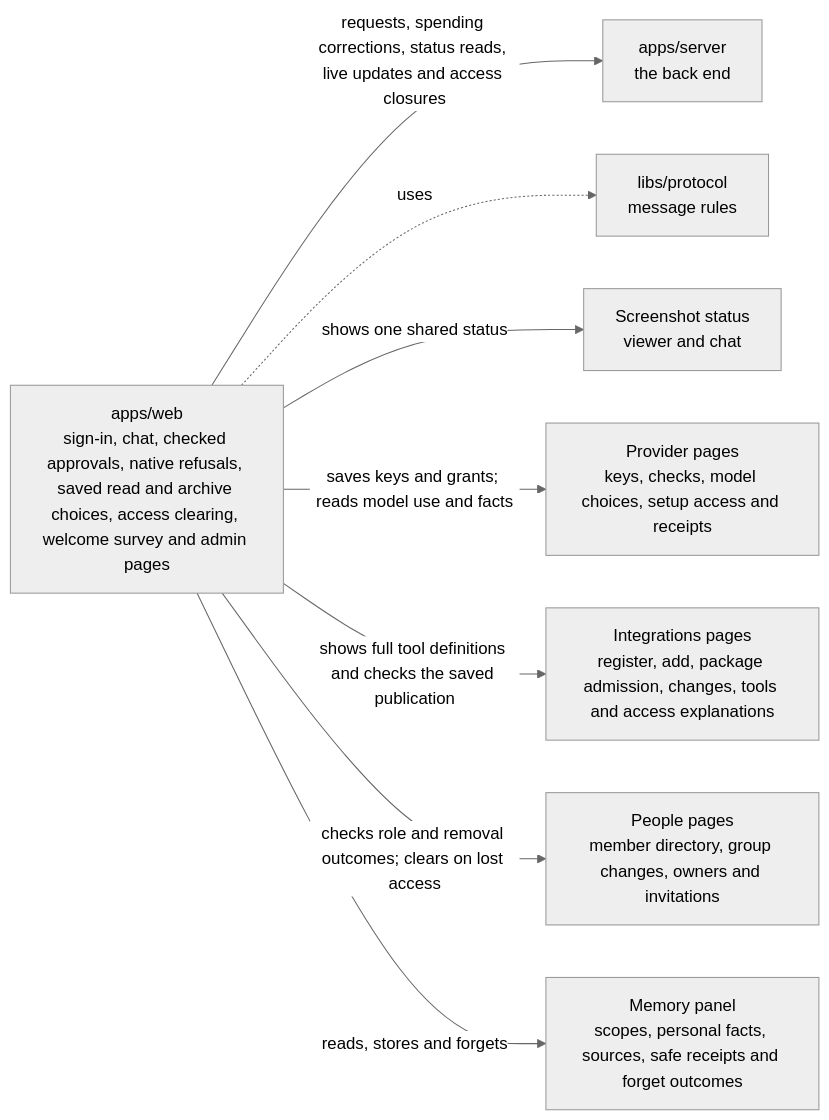
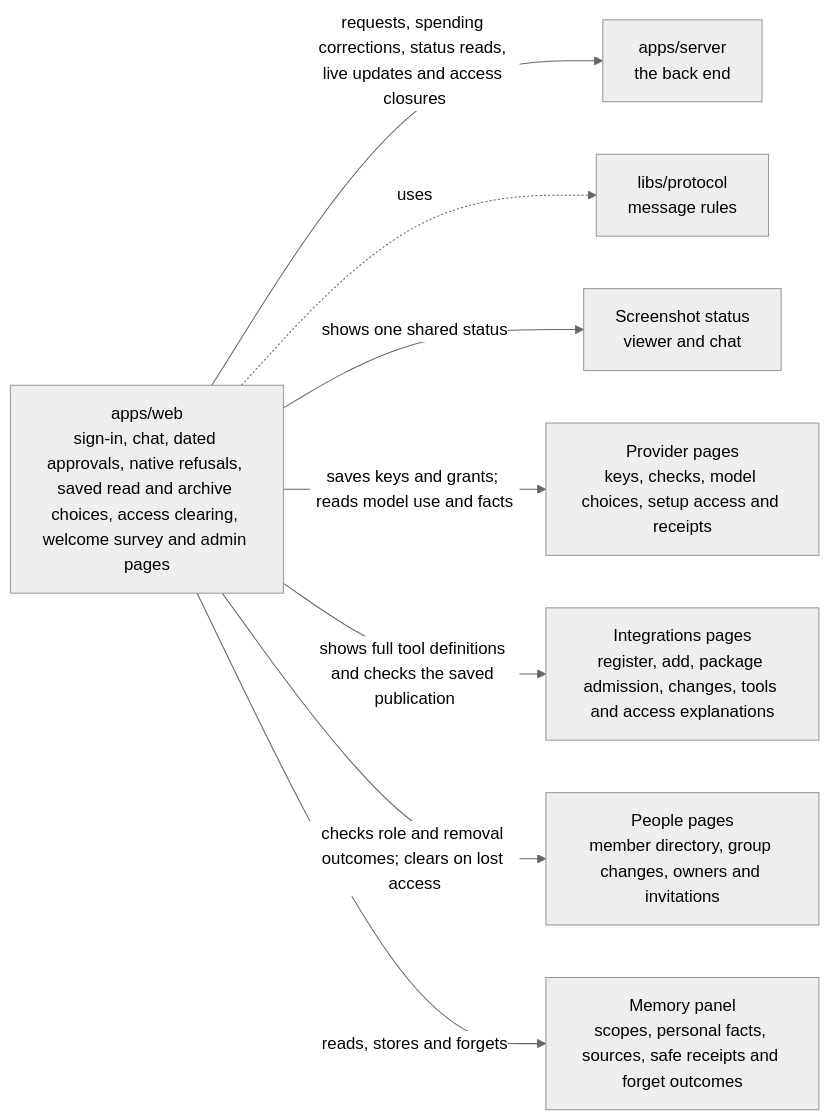
One commit to elewa-git/opencrane-new changed the diagram in apps/web/README.md. Above: the diagram before and after it, drawn with Mermaid (neutral theme). The commit also changed other lines of this file and 25 other files, not shown here.

````diff
--- a/apps/web/README.md
+++ b/apps/web/README.md
@@ -11,10 +11,10 @@
 ```mermaid
 flowchart LR
-  web["apps/web<br/>sign-in, chat, checked approvals, native refusals, saved read and archive choices, access clearing, welcome survey and admin pages"] -->|requests, spending corrections, status reads, live updates and access closures| server["apps/server<br/>the back end"]
+  web["apps/web<br/>sign-in, chat, dated approvals, native refusals, saved read and archive choices, access clearing, welcome survey and admin pages"] -->|requests, spending corrections, status reads, live updates and access closures| server["apps/server<br/>the back end"]
   web -.->|uses| protocol["libs/protocol<br/>message rules"]
   web -->|shows one shared status| capture["Screenshot status<br/>viewer and chat"]
   web -->|saves keys and grants; reads model use and facts| providers["Provider pages<br/>keys, checks, model choices, setup access and receipts"]
   web -->|shows full tool definitions and checks the saved publication| integrations["Integrations pages<br/>register, add, package admission, changes, tools and access explanations"]
   web -->|checks role and removal outcomes; clears on lost access| people["People pages<br/>member directory, group changes, owners and invitations"]
   web -->|reads, stores and forgets| memory["Memory panel<br/>scopes, personal facts, sources, safe receipts and forget outcomes"]
 ```
````
